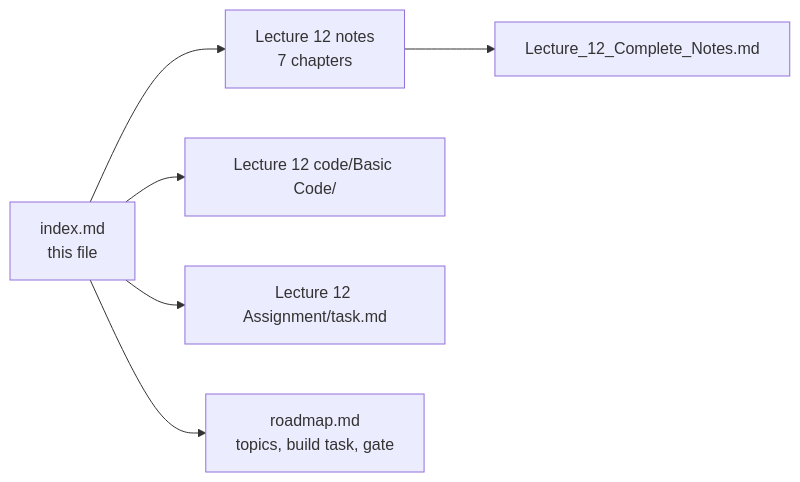
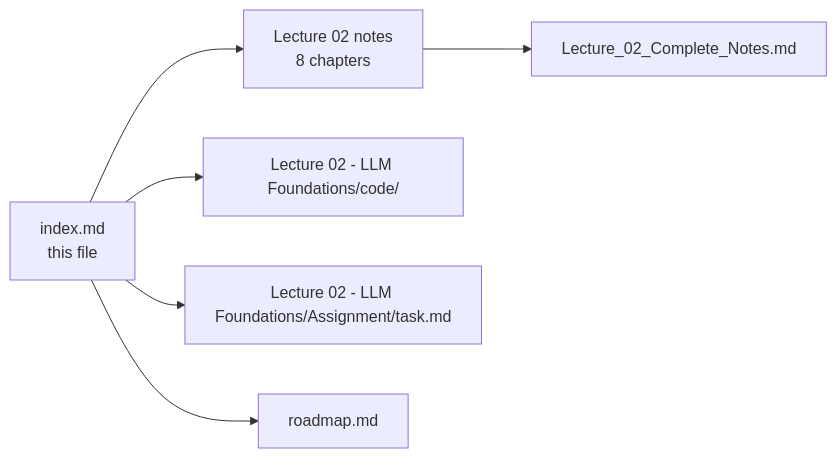
One commit to Amie-dev/FDE-and-GenAI-Mastery changed the second of 24 diagrams in index.md. Above: the diagram before and after it, drawn with Mermaid. The commit also changed other lines of this file, not shown here.

Commit message:
Implement code changes to enhance functionality and improve performance

````diff
--- a/index.md
+++ b/index.md
@@ -93,8 +110,8 @@
 ```mermaid
 flowchart LR
-    IDX["index.md<br/>this file"] --> L12["Lecture 12 notes<br/>7 chapters"]
-    L12 --> CN["Lecture_12_Complete_Notes.md"]
-    IDX --> CODE["Lecture 12 code/Basic Code/"]
-    IDX --> ASG["Lecture 12 Assignment/task.md"]
-    IDX --> RM["roadmap.md<br/>topics, build task, gate"]
+    IDX["index.md<br/>this file"] --> L02["Lecture 02 notes<br/>8 chapters"]
+    L02 --> CN["Lecture_02_Complete_Notes.md"]
+    IDX --> CODE["Lecture 02 - LLM Foundations/code/"]
+    IDX --> ASG["Lecture 02 - LLM Foundations/Assignment/task.md"]
+    IDX --> RM["roadmap.md"]
 ```
````
